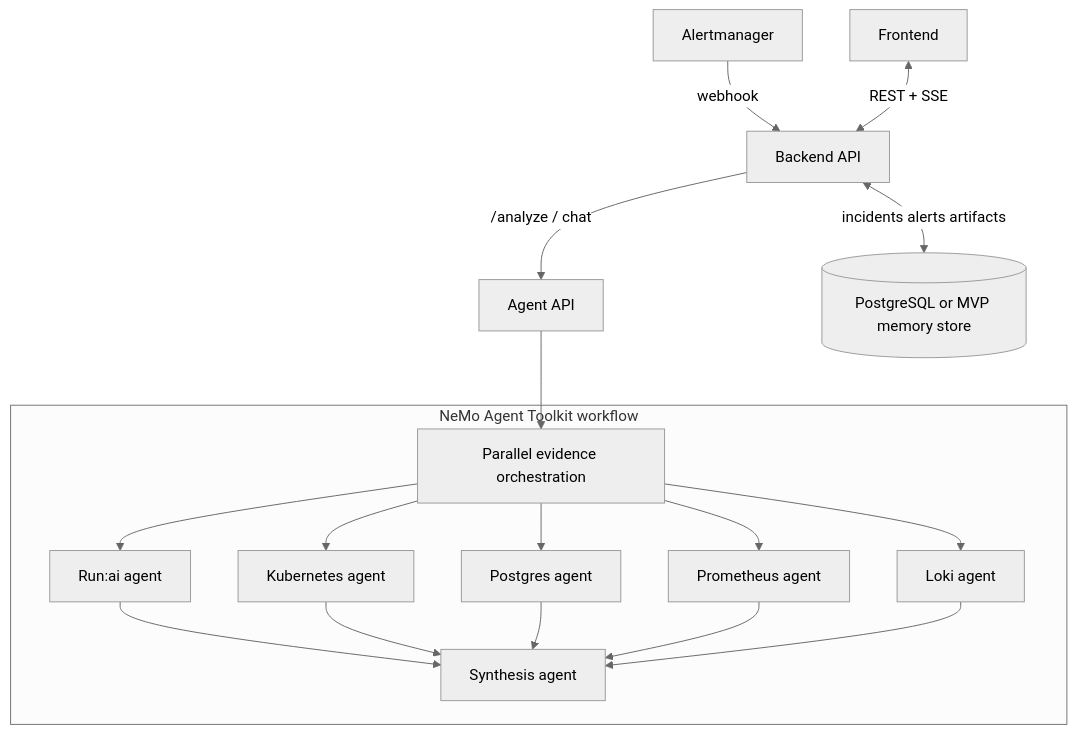
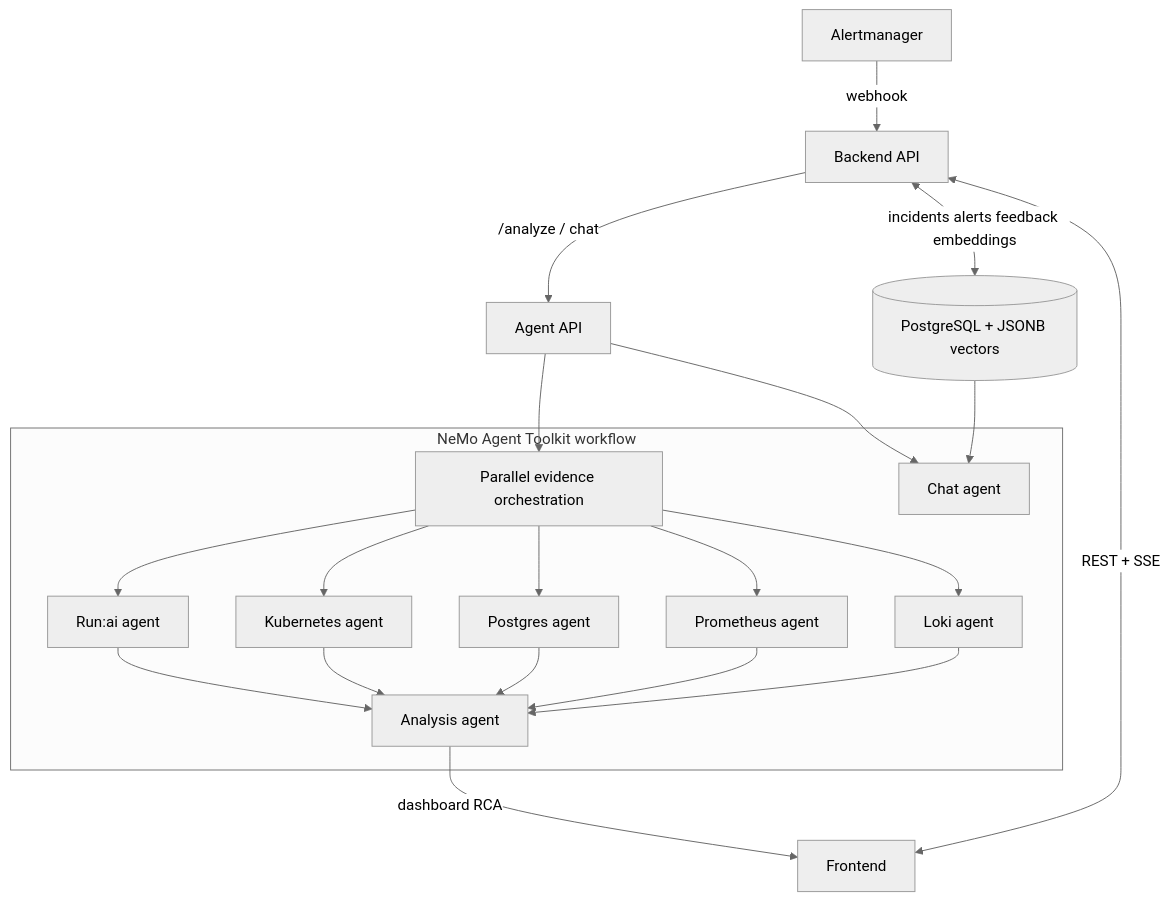
One commit to uclix-nvidia-sw/runaiRCA changed the diagram in README.md. Above: the diagram before and after it, drawn with Mermaid (neutral theme). The commit also changed other lines of this file and 42 other files, not shown here.

Commit message:
Implement RCA agents and analysis dashboard

````diff
--- a/README.md
+++ b/README.md
@@ -35,29 +35,33 @@
 ```mermaid
 flowchart TD
   AM[Alertmanager] -->|webhook| BE[Backend API]
   FE[Frontend] <-->|REST + SSE| BE
   BE -->|/analyze / chat| AG[Agent API]
-  BE <-->|incidents alerts artifacts| DB[(PostgreSQL or MVP memory store)]
+  BE <-->|incidents alerts feedback embeddings| DB[(PostgreSQL + JSONB vectors)]
 
   subgraph "NeMo Agent Toolkit workflow"
     ORCH[Parallel evidence orchestration]
     RA[Run:ai agent]
     KA[Kubernetes agent]
     DBA[Postgres agent]
     PA[Prometheus agent]
     LA[Loki agent]
-    SA[Synthesis agent]
+    AA[Analysis agent]
+    CA[Chat agent]
   end
 
   AG --> ORCH
   ORCH --> RA
   ORCH --> KA
   ORCH --> DBA
   ORCH --> PA
   ORCH --> LA
-  RA --> SA
-  KA --> SA
-  DBA --> SA
-  PA --> SA
-  LA --> SA
+  RA --> AA
+  KA --> AA
+  DBA --> AA
+  PA --> AA
+  LA --> AA
+  AA -->|dashboard RCA| FE
+  DB --> CA
+  AG --> CA
 ```
````
